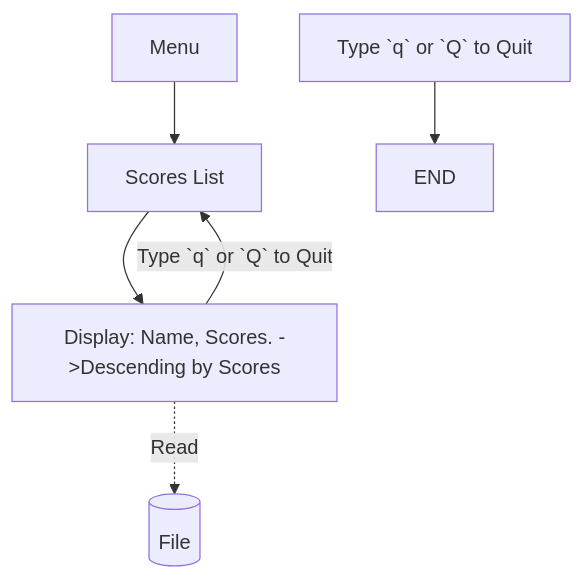
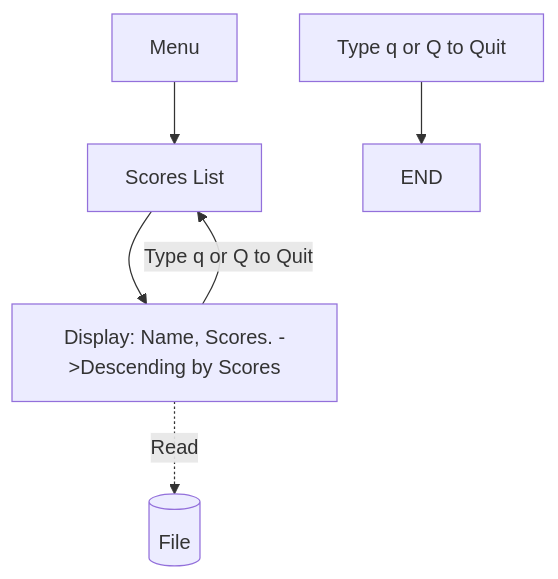
The second of 3 diagrams in doc/Flowchart.md (microzen/connect4), drawn with Mermaid before and after one commit. The commit also changed other lines of this file, not shown here.

Commit message:
Update Flowchart.md, bug fix

````diff
--- a/doc/Flowchart.md
+++ b/doc/Flowchart.md
@@ -46,10 +46,10 @@
 ```mermaid
 graph TD
 	%%Menu -.-> P[Play with Another Player]
 	Menu --> S[Scores List]
-	S --> Display[Display: Name, Scores. ->Descending by Scores] --> |Type `q` or `Q` to Quit|S
-	Type[Type `q` or `Q` to Quit] --> END
+	S --> Display[Display: Name, Scores. ->Descending by Scores] --> |Type q or Q to Quit|S
+	Type[Type q or Q to Quit] --> END
 	%%Menu -.-> R[Recording List]
 	Display -.Read.-> DB[(File)]
 	%%Menu -.-> C[Play with Computer]%%
 ```
````
